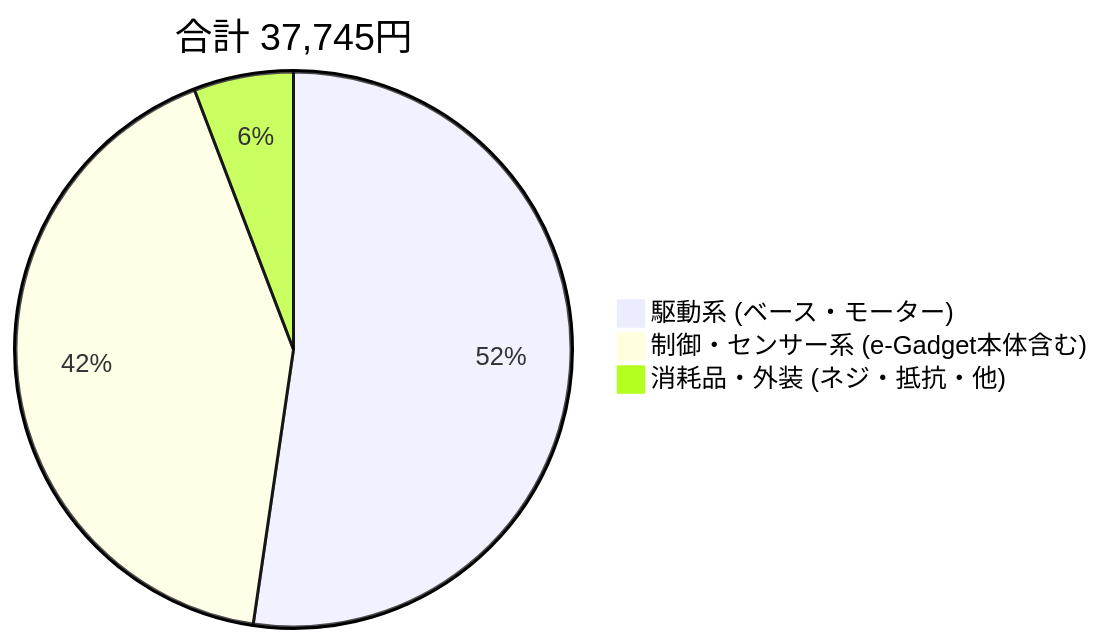
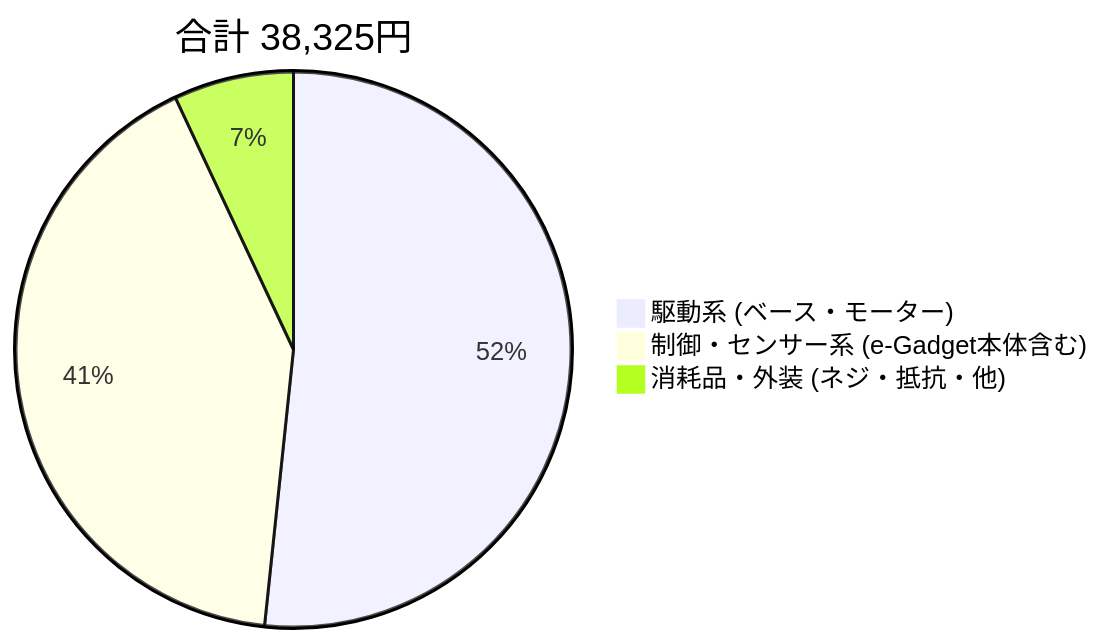
The diagram in README.md (paruru-05/SC-26), drawn with Mermaid before and after one commit. The commit also changed other lines of this file, not shown here.

````diff
--- a/README.md
+++ b/README.md
@@ -211,6 +211,6 @@
 ```mermaid
-pie title 合計 37,745円
+pie title 合計 38,325円
     "駆動系 (ベース・モーター)" : 19800
     "制御・センサー系 (e-Gadget本体含む)" : 15850
-    "消耗品・外装 (ネジ・抵抗・他)" : 2195
+    "消耗品・外装 (ネジ・抵抗・他)" : 2675
 ```
````
